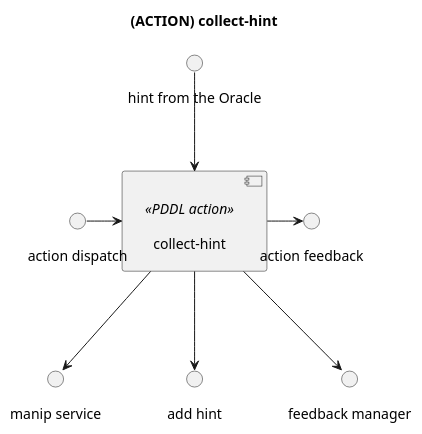
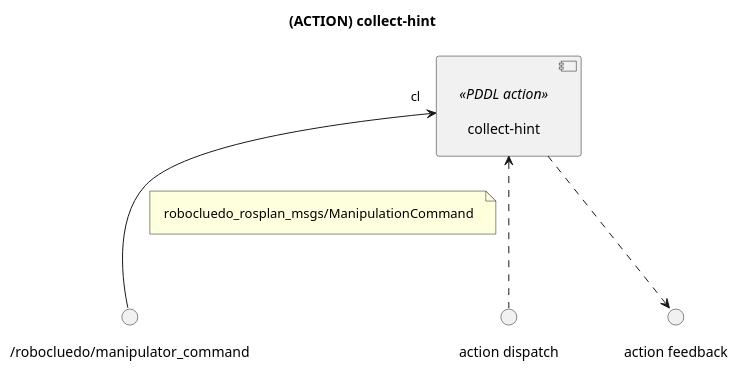
The third of 4 diagrams in robocluedo_rosplan/_docs/new-robocluedo.md (programmatoroSeduto/ExperimentalRoboticsLab-Assignment-2), drawn with PlantUML before and after one commit. The commit also changed other lines of this file and 102 other files, not shown here.

Commit message:
working on robocluedo_rosplan_actions (feedbacks from the actions)

````diff
--- a/robocluedo_rosplan/_docs/new-robocluedo.md
+++ b/robocluedo_rosplan/_docs/new-robocluedo.md
@@ -263,32 +264,25 @@
 ```{uml} 
 @startuml
 
 ''' DIAGRAM INFOS
 title "(ACTION) collect-hint"
 skinparam Padding 8
 allow_mixing
 
 
-''' FROM OTHER DIAGRAMS
-() "manip service" as SRV_MANIP
-() "add hint" as SRV_ADD
-() "hint from the Oracle" as TOPIC_ORACLE_HINT
-
-
 ''' COMPONENTS
 component "collect-hint" <<PDDL action>> as ACT_COLLECT_HINT
 
 
 ''' LINKS
-ACT_COLLECT_HINT --> SRV_ADD
-ACT_COLLECT_HINT --> SRV_MANIP
+() "/robocluedo/manipulator_command" as SRV_MANIP
+ACT_COLLECT_HINT "cl" <-- SRV_MANIP
+note on link : robocluedo_rosplan_msgs/ManipulationCommand
+
+() "action dispatch" as DISPATCH
+ACT_COLLECT_HINT <.. DISPATCH
 () "action feedback" as DISP_FEEDBACK 
-ACT_COLLECT_HINT -right-> DISP_FEEDBACK
-() "feedback manager" as TOPIC_FEEDBACK_MANAGER
-ACT_COLLECT_HINT -down-> TOPIC_FEEDBACK_MANAGER
-() "action dispatch" as DISPATCH
-ACT_COLLECT_HINT <-left- DISPATCH
-ACT_COLLECT_HINT <-up- TOPIC_ORACLE_HINT
+ACT_COLLECT_HINT ..> DISP_FEEDBACK
 
 @enduml
 ```
````
